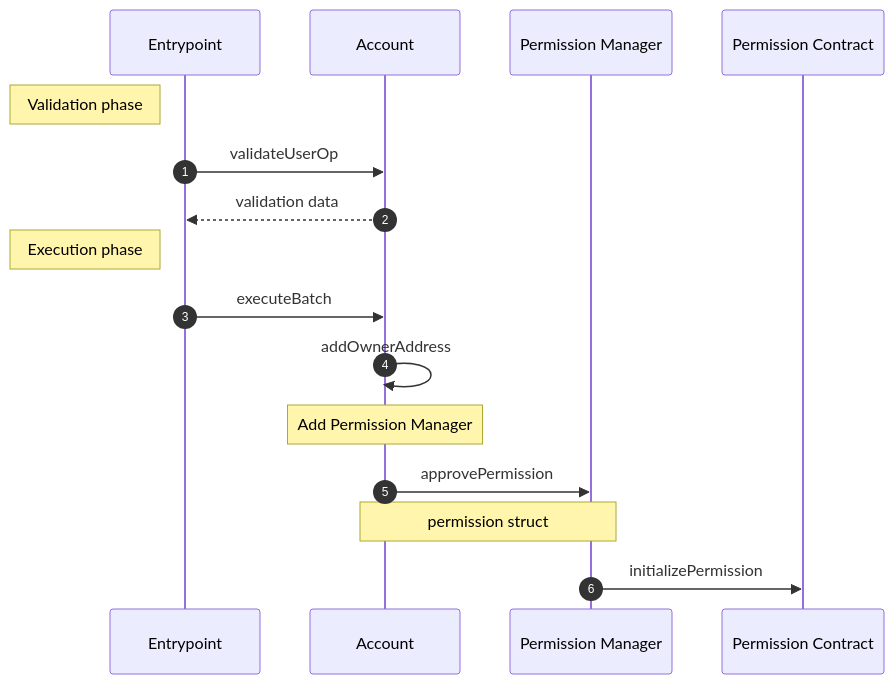
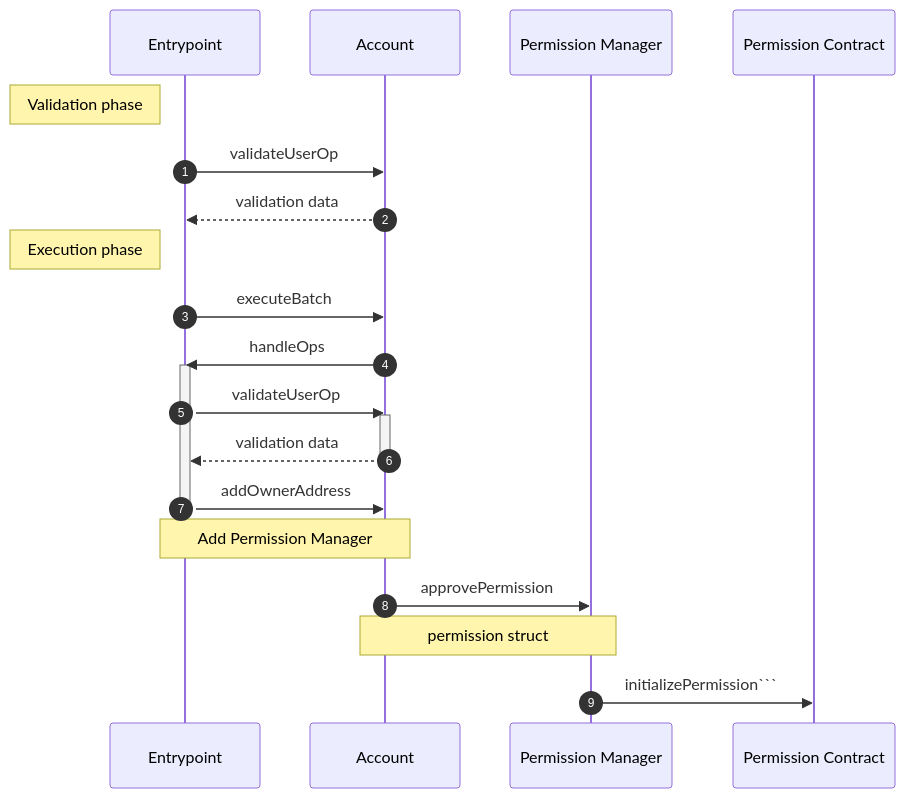
Before and after one commit to coinbase/smart-wallet-permissions: the diagram in docs/diagrams/onchain/firstTimeApproval.md, drawn with Mermaid. The commit also changed other lines of this file and 1 other file, not shown here.

Commit message:
Update first-time approval flows

`````diff
--- a/docs/diagrams/onchain/firstTimeApproval.md
+++ b/docs/diagrams/onchain/firstTimeApproval.md
@@ -9,19 +13,26 @@
-```mermaid
+````mermaid
 sequenceDiagram
     autonumber
     participant E as Entrypoint
     participant A as Account
     participant M as Permission Manager
     participant P as Permission Contract
 
     Note left of E: Validation phase
     E->>A: validateUserOp
     A-->>E: validation data
     Note left of E: Execution phase
     E->>A: executeBatch
-    A->>A: addOwnerAddress
-    Note over A: Add Permission Manager
+    A->>E: handleOps
+    activate E
+    E->>A: validateUserOp
+    activate A
+    A-->>E: validation data
+    deactivate A
+    E->>A: addOwnerAddress
+    deactivate E
+    Note over A,E: Add Permission Manager
     A->>M: approvePermission
     Note over A,M: permission struct
-    M->>P: initializePermission
-```
+    M->>P: initializePermission```
+````
`````
